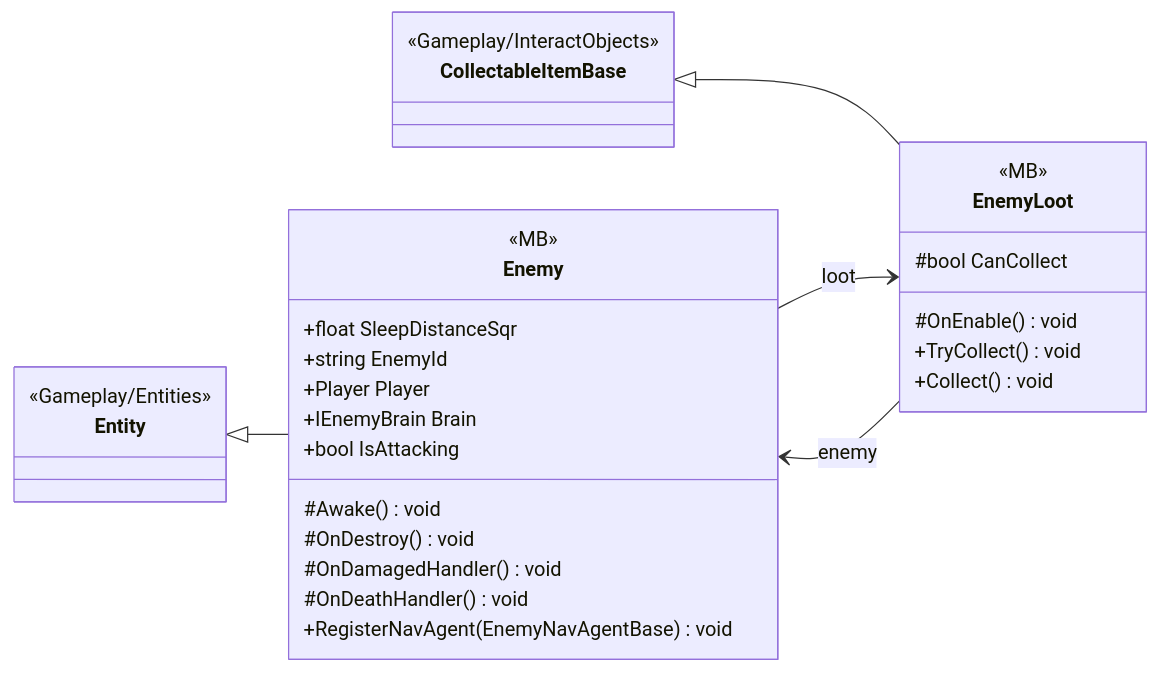
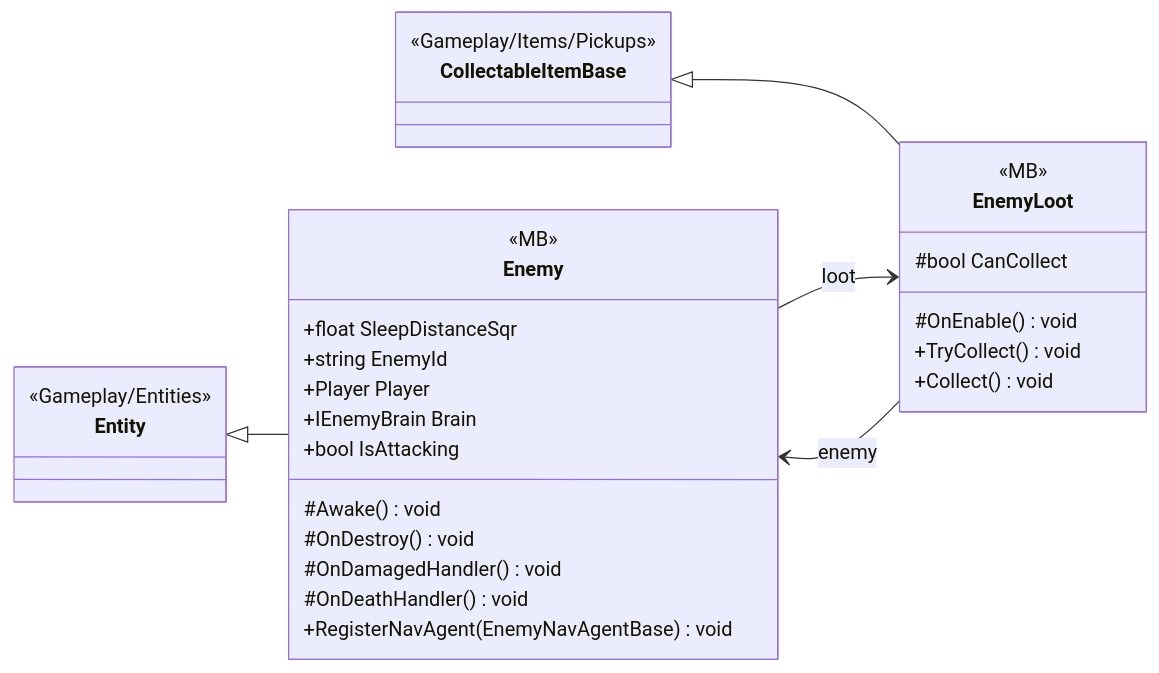
The diagram in docs/uml/modules/Gameplay_Entities_Enemies.md (PhumipatWave/project-ocean), drawn with Mermaid before and after one commit. The commit also changed other lines of this file and 115 other files, not shown here.

````diff
--- a/docs/uml/modules/Gameplay_Entities_Enemies.md
+++ b/docs/uml/modules/Gameplay_Entities_Enemies.md
@@ -7,34 +7,34 @@
 ```mermaid
 classDiagram
   direction LR
   class Enemy {
     <<MB>>
     +float SleepDistanceSqr
     +string EnemyId
     +Player Player
     +IEnemyBrain Brain
     +bool IsAttacking
     #Awake() void
     #OnDestroy() void
     #OnDamagedHandler() void
     #OnDeathHandler() void
     +RegisterNavAgent(EnemyNavAgentBase) void
   }
   class EnemyLoot {
     <<MB>>
     #bool CanCollect
     #OnEnable() void
     +TryCollect() void
     +Collect() void
   }
   class CollectableItemBase {
-    <<Gameplay/InteractObjects>>
+    <<Gameplay/Items/Pickups>>
   }
   class Entity {
     <<Gameplay/Entities>>
   }
   CollectableItemBase <|-- EnemyLoot
   Enemy --> EnemyLoot : loot
   EnemyLoot --> Enemy : enemy
   Entity <|-- Enemy
 ```
````
